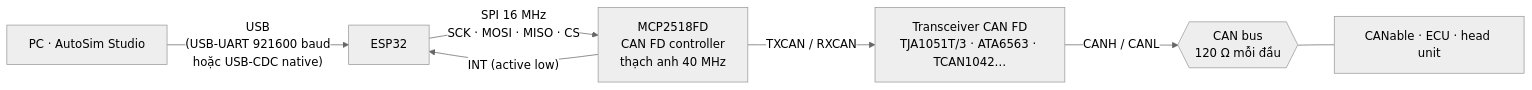
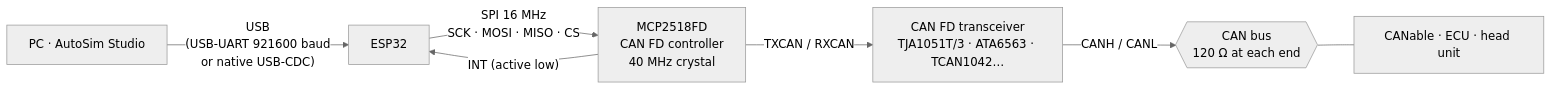
The first of 2 diagrams in docs/ESP32_MCP2518FD_WIRING.md (Thuongst97/CAN_SIMULATOR), drawn with Mermaid (neutral theme) before and after one commit. The commit also changed other lines of this file and 8 other files, not shown here.

````diff
--- a/docs/ESP32_MCP2518FD_WIRING.md
+++ b/docs/ESP32_MCP2518FD_WIRING.md
@@ -7,9 +8,9 @@
 ```mermaid
 flowchart LR
-    pc["PC · AutoSim Studio"] -- "USB<br/>(USB-UART 921600 baud<br/>hoặc USB-CDC native)" --> esp["ESP32"]
-    esp -- "SPI 16 MHz<br/>SCK · MOSI · MISO · CS" --> mcp["MCP2518FD<br/>CAN FD controller<br/>thạch anh 40 MHz"]
+    pc["PC · AutoSim Studio"] -- "USB<br/>(USB-UART 921600 baud<br/>or native USB-CDC)" --> esp["ESP32"]
+    esp -- "SPI 16 MHz<br/>SCK · MOSI · MISO · CS" --> mcp["MCP2518FD<br/>CAN FD controller<br/>40 MHz crystal"]
     mcp -- "INT (active low)" --> esp
-    mcp -- "TXCAN / RXCAN" --> trx["Transceiver CAN FD<br/>TJA1051T/3 · ATA6563 · TCAN1042…"]
-    trx -- "CANH / CANL" --> bus{{"CAN bus<br/>120 Ω mỗi đầu"}}
+    mcp -- "TXCAN / RXCAN" --> trx["CAN FD transceiver<br/>TJA1051T/3 · ATA6563 · TCAN1042…"]
+    trx -- "CANH / CANL" --> bus{{"CAN bus<br/>120 Ω at each end"}}
     bus --- other["CANable · ECU · head unit"]
 ```
````
